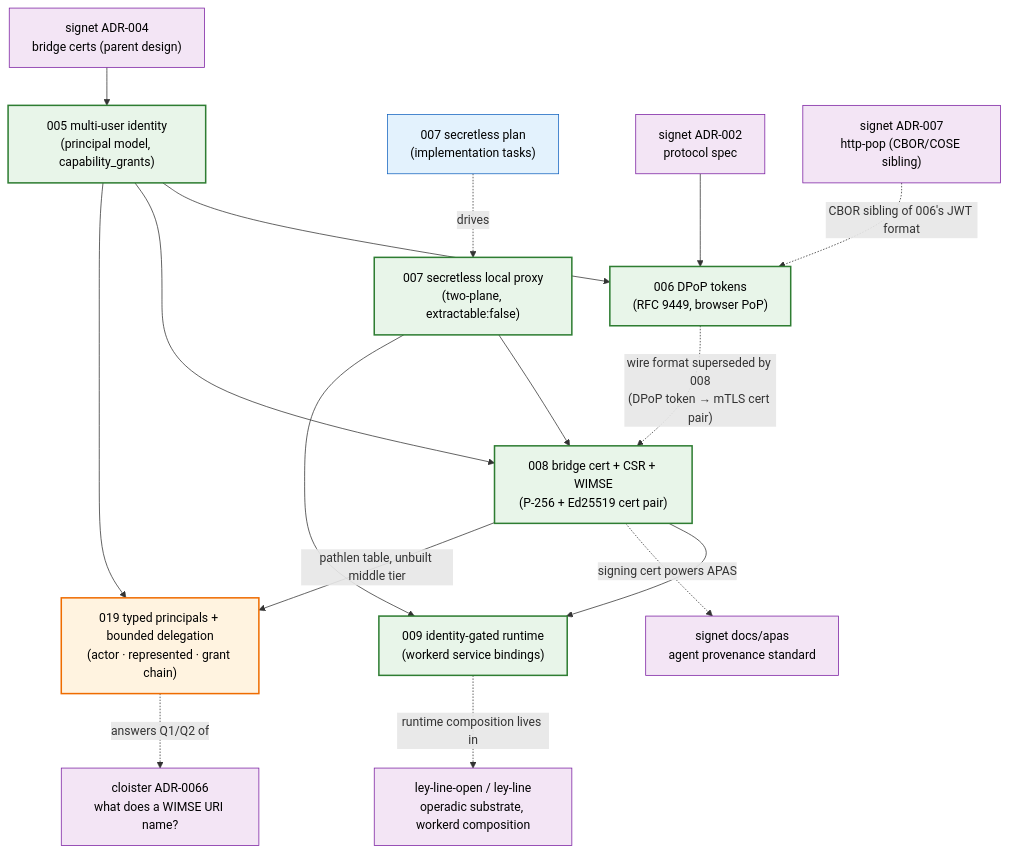
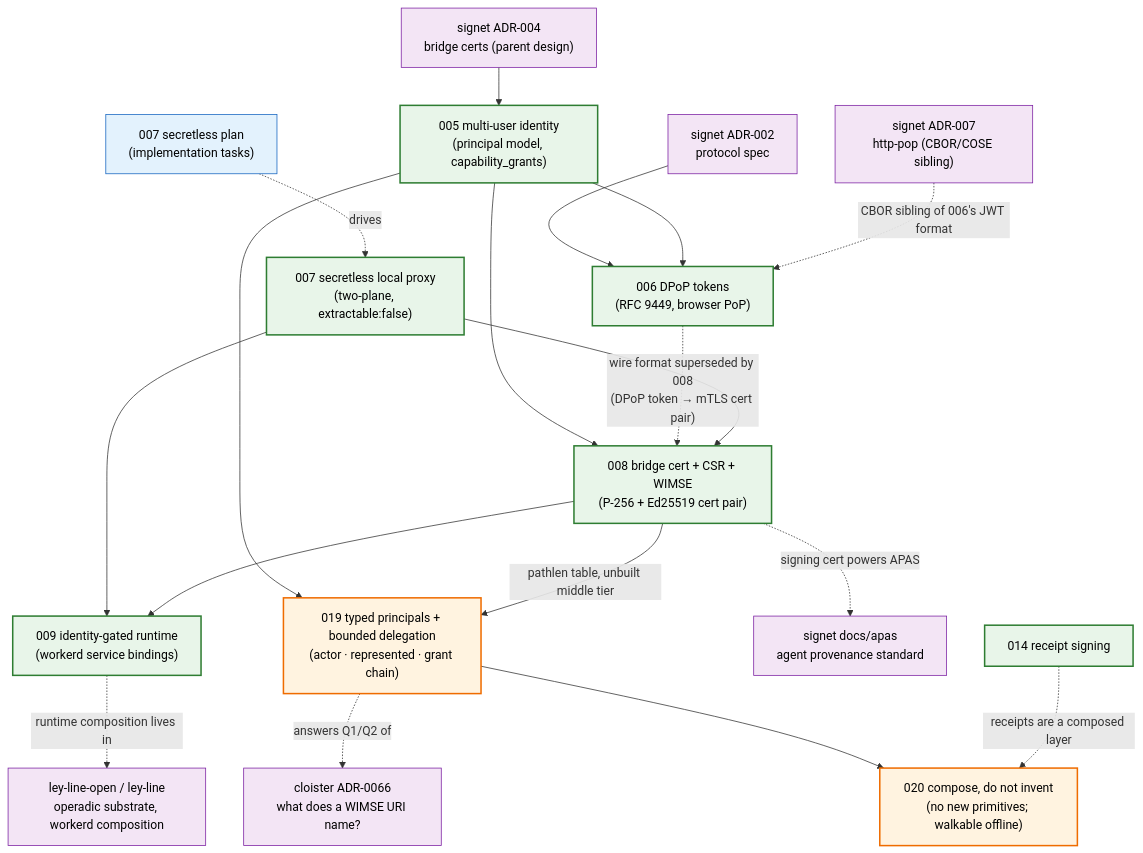
Before and after one commit to agentic-research/notme: the diagram in docs/README.md, drawn with Mermaid. The commit also changed other lines of this file and 3 other files, not shown here.

````diff
--- a/docs/README.md
+++ b/docs/README.md
@@ -22,38 +23,42 @@
 ```mermaid
 graph TD
     classDef accepted fill:#e8f5e9,stroke:#2e7d32,stroke-width:2px,color:#000
     classDef proposed fill:#fff3e0,stroke:#ef6c00,stroke-width:2px,color:#000
     classDef plan fill:#e3f2fd,stroke:#1565c0,stroke-width:1px,color:#000
     classDef external fill:#f3e5f5,stroke:#7b1fa2,stroke-width:1px,color:#000
 
     A005["005 multi-user identity<br/>(principal model, capability_grants)"]:::accepted
     A006["006 DPoP tokens<br/>(RFC 9449, browser PoP)"]:::accepted
     A007D["007 secretless local proxy<br/>(two-plane, extractable:false)"]:::accepted
     A007P["007 secretless plan<br/>(implementation tasks)"]:::plan
     A008["008 bridge cert + CSR + WIMSE<br/>(P-256 + Ed25519 cert pair)"]:::accepted
     A009["009 identity-gated runtime<br/>(workerd service bindings)"]:::accepted
     A019["019 typed principals + bounded delegation<br/>(actor · represented · grant chain)"]:::proposed
+    A020["020 compose, do not invent<br/>(no new primitives; walkable offline)"]:::proposed
 
     SIG004["signet ADR-004<br/>bridge certs (parent design)"]:::external
     SIG002["signet ADR-002<br/>protocol spec"]:::external
     SIG007["signet ADR-007<br/>http-pop (CBOR/COSE sibling)"]:::external
     APAS["signet docs/apas<br/>agent provenance standard"]:::external
     LL["ley-line-open / ley-line<br/>operadic substrate, workerd composition"]:::external
 
     SIG004 --> A005
     SIG002 --> A006
     A005 --> A006
     A005 --> A008
     A006 -.->|"wire format superseded by 008<br/>(DPoP token → mTLS cert pair)"| A008
     A007D --> A008
     A007D --> A009
     A008 --> A009
     A007P -. drives .-> A007D
     SIG007 -.->|"CBOR sibling of 006's JWT format"| A006
     A008 -.->|"signing cert powers APAS"| APAS
     A009 -.->|"runtime composition lives in"| LL
     A005 --> A019
     A008 -->|"pathlen table, unbuilt middle tier"| A019
     A019 -.->|"answers Q1/Q2 of"| CL0066
+    A019 --> A020
+    A014 -.->|"receipts are a composed layer"| A020
     CL0066["cloister ADR-0066<br/>what does a WIMSE URI name?"]:::external
+    A014["014 receipt signing"]:::accepted
 ```
````
